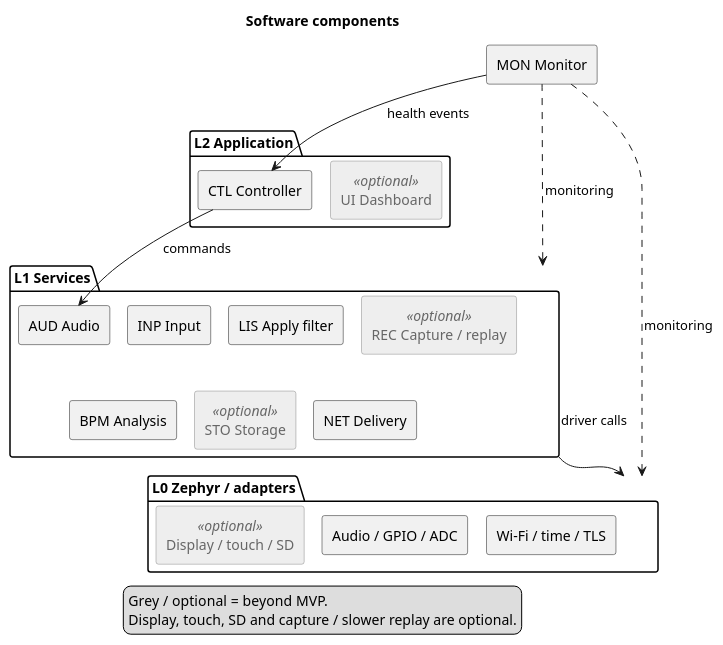
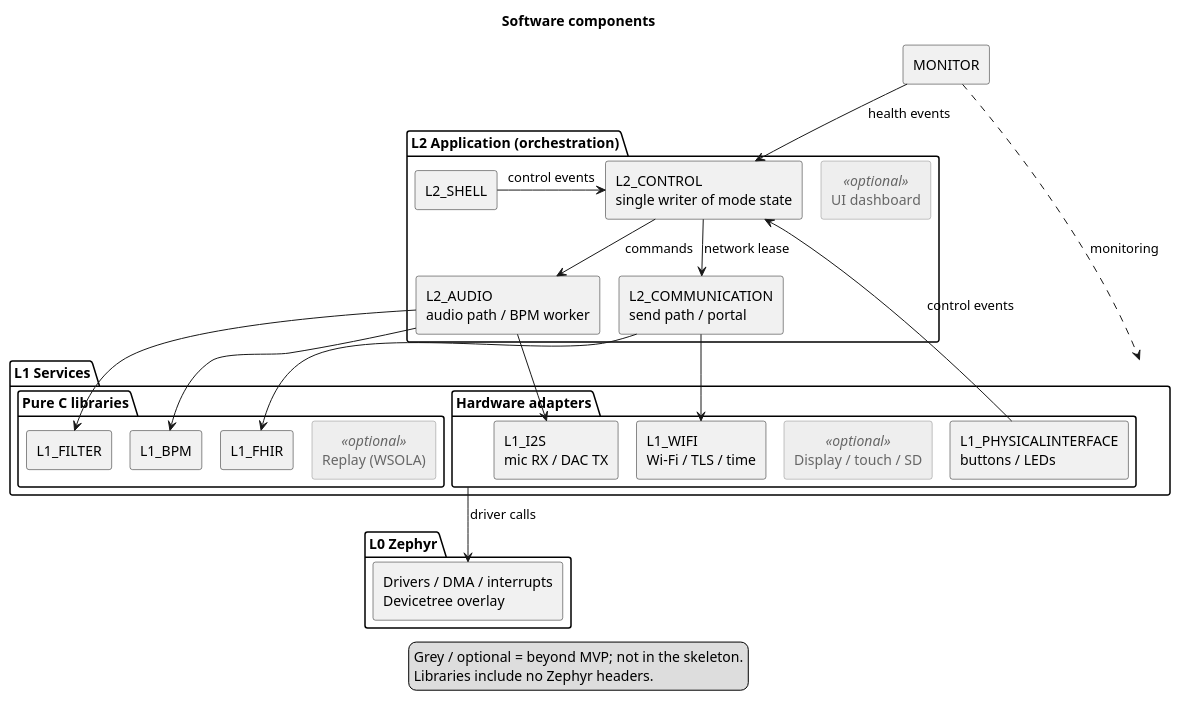
One commit to DemonicPsychoII/DigitalStethoscope changed the diagram in Development/system/architecture/software-components.puml. Above: the diagram before and after it, drawn with PlantUML. The commit also changed 12 other files, not shown here.

First line of the commit message:
Document firmware layer decisions in design, register and diagrams

```diff
--- a/Development/system/architecture/software-components.puml
+++ b/Development/system/architecture/software-components.puml
@@ -1,56 +1,67 @@
 @startuml software_components
 !pragma layout smetana
 skinparam shadowing false
 skinparam component {
  BackgroundColor<<optional>> #EEEEEE
  BorderColor<<optional>> #888888
  FontColor<<optional>> #666666
 }
 skinparam artifact {
  BackgroundColor<<optional>> #EEEEEE
  BorderColor<<optional>> #888888
  FontColor<<optional>> #666666
 }
 skinparam componentStyle rectangle
 skinparam defaultFontName SansSerif
 title Software components
 top to bottom direction
-component "MON Monitor" as mon
-package "L2 Application" as app {
- component "CTL Controller" as ctl
- component "UI Dashboard" as ui <<optional>>
+component "MONITOR" as mon
+package "L2 Application (orchestration)" as app {
+ component "L2_SHELL" as shell
+ component "L2_CONTROL\nsingle writer of mode state" as ctl
+ component "L2_AUDIO\naudio path / BPM worker" as aud
+ component "L2_COMMUNICATION\nsend path / portal" as com
+ component "UI dashboard" as ui <<optional>>
+ shell -[hidden]right-> ctl
  ctl -[hidden]right-> ui
 }
 package "L1 Services" as services {
- component "INP Input" as inp
- component "AUD Audio" as aud
- component "LIS Apply filter" as lis
- component "REC Capture / replay" as rec <<optional>>
- component "BPM Analysis" as bpm
- component "STO Storage" as sto <<optional>>
- component "NET Delivery" as net
- inp -[hidden]right-> aud
- aud -[hidden]right-> lis
- lis -[hidden]right-> rec
- inp -[hidden]down-> bpm
- bpm -[hidden]right-> sto
- sto -[hidden]right-> net
+ package "Hardware adapters" as adapters {
+  component "L1_PHYSICALINTERFACE\nbuttons / LEDs" as phy
+  component "L1_I2S\nmic RX / DAC TX" as i2s
+  component "L1_WIFI\nWi-Fi / TLS / time" as wifi
+  component "Display / touch / SD" as spi <<optional>>
+  phy -[hidden]right-> i2s
+  i2s -[hidden]right-> wifi
+  wifi -[hidden]right-> spi
+ }
+ package "Pure C libraries" as libs {
+  component "L1_FILTER" as filter
+  component "L1_BPM" as bpm
+  component "L1_FHIR" as fhir
+  component "Replay (WSOLA)" as wsola <<optional>>
+  filter -[hidden]right-> bpm
+  bpm -[hidden]right-> fhir
+  fhir -[hidden]right-> wsola
+ }
 }
-package "L0 Zephyr / adapters" as platform {
- component "Audio / GPIO / ADC" as io
- component "Display / touch / SD" as spi <<optional>>
- component "Wi-Fi / time / TLS" as wifi
- io -[hidden]right-> spi
- spi -[hidden]right-> wifi
+package "L0 Zephyr" as platform {
+ component "Drivers / DMA / interrupts\nDevicetree overlay" as zephyr
 }
+shell -right-> ctl : control events
+phy -up-> ctl : control events
+ctl -down-> aud : commands
+ctl -down-> com : network lease
+aud -down-> i2s
+aud -down-> filter
+aud -down-> bpm
+com -down-> fhir
+com -down-> wifi
+adapters -down-> zephyr : driver calls
 mon -down-> ctl : health events
-ctl -down-> aud : commands
-sto -[hidden]down-> spi
-services -down-> platform : driver calls
 mon ..> services : monitoring
-mon ..> platform : monitoring
 legend bottom
-  Grey / optional = beyond MVP.
-  Display, touch, SD and capture / slower replay are optional.
+  Grey / optional = beyond MVP; not in the skeleton.
+  Libraries include no Zephyr headers.
 endlegend
 @enduml
```
